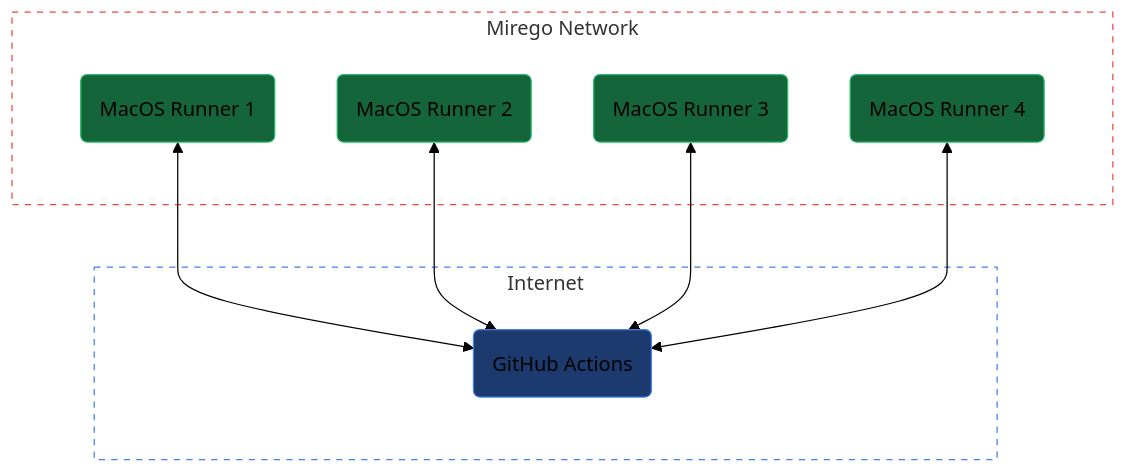
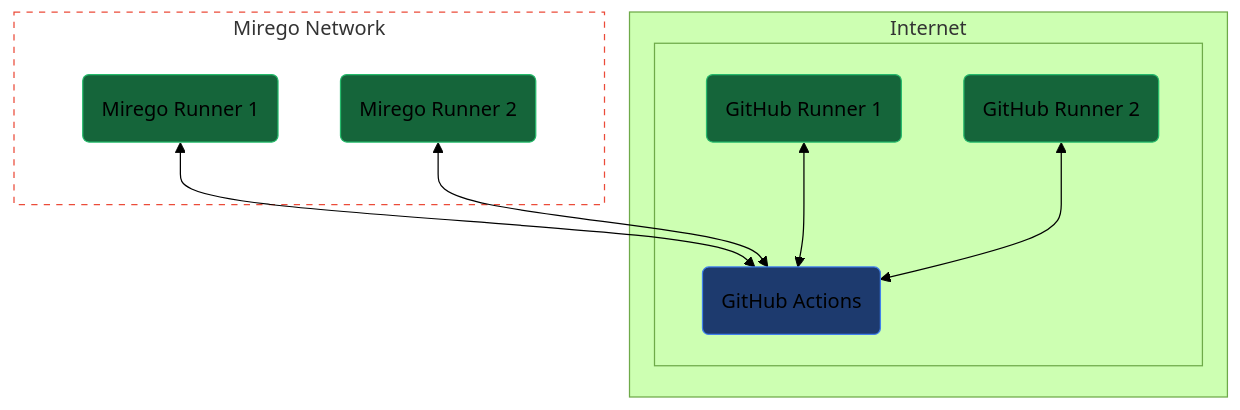
Before and after one commit to mirego/ekiden: the first of 2 diagrams in README.md, drawn with Mermaid (forest theme). The commit also changed other lines of this file and 7 other files, not shown here.

````diff
--- a/README.md
+++ b/README.md
@@ -16,25 +19,30 @@
 ```mermaid
 flowchart TD
     subgraph internet [Internet]
         subgraph spacer [ ]
             github(GitHub Actions)
         end
     end
 
     subgraph mirego [Mirego Network]
         subgraph spacer2 [ ]
-            runner1(MacOS Runner 1):::machine<-->github
-            runner2(MacOS Runner 2):::machine<-->github
-            runner3(MacOS Runner 3):::machine<-->github
-            runner4(MacOS Runner 4):::machine<-->github
+            runner1(Mirego Runner 1):::machine<-->github
+            runner2(Mirego Runner 2):::machine<-->github
+        end
+    end
+
+    subgraph internet [Internet]
+        subgraph spacer [ ]
+            githubrunner1(GitHub Runner 1):::machine<-->github
+            githubrunner2(GitHub Runner 2):::machine<-->github
         end
     end
 
     style mirego fill:transparent,stroke:#eb4b39,stroke-dasharray:5
     style internet fill:transparent,stroke:#4080ec,stroke-dasharray:5
     style github fill:#1d3a6e,stroke:#4080ec
     style spacer fill:transparent,stroke:transparent
     style spacer2 fill:transparent,stroke:transparent
 
     classDef machine fill:#15653a,stroke:#25ba6b
 ```
````
